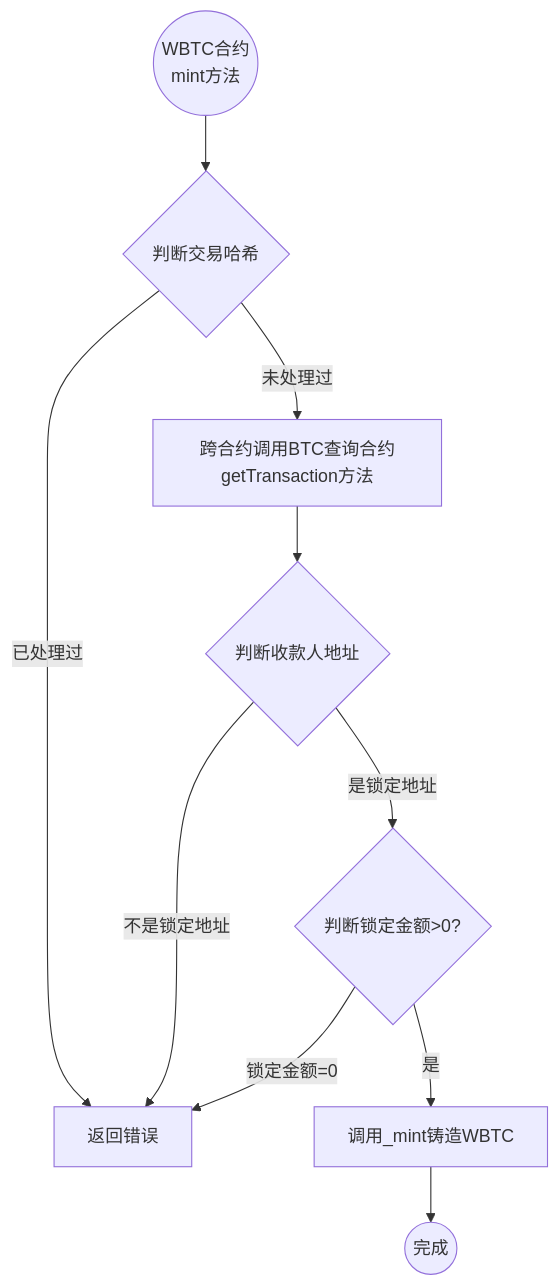
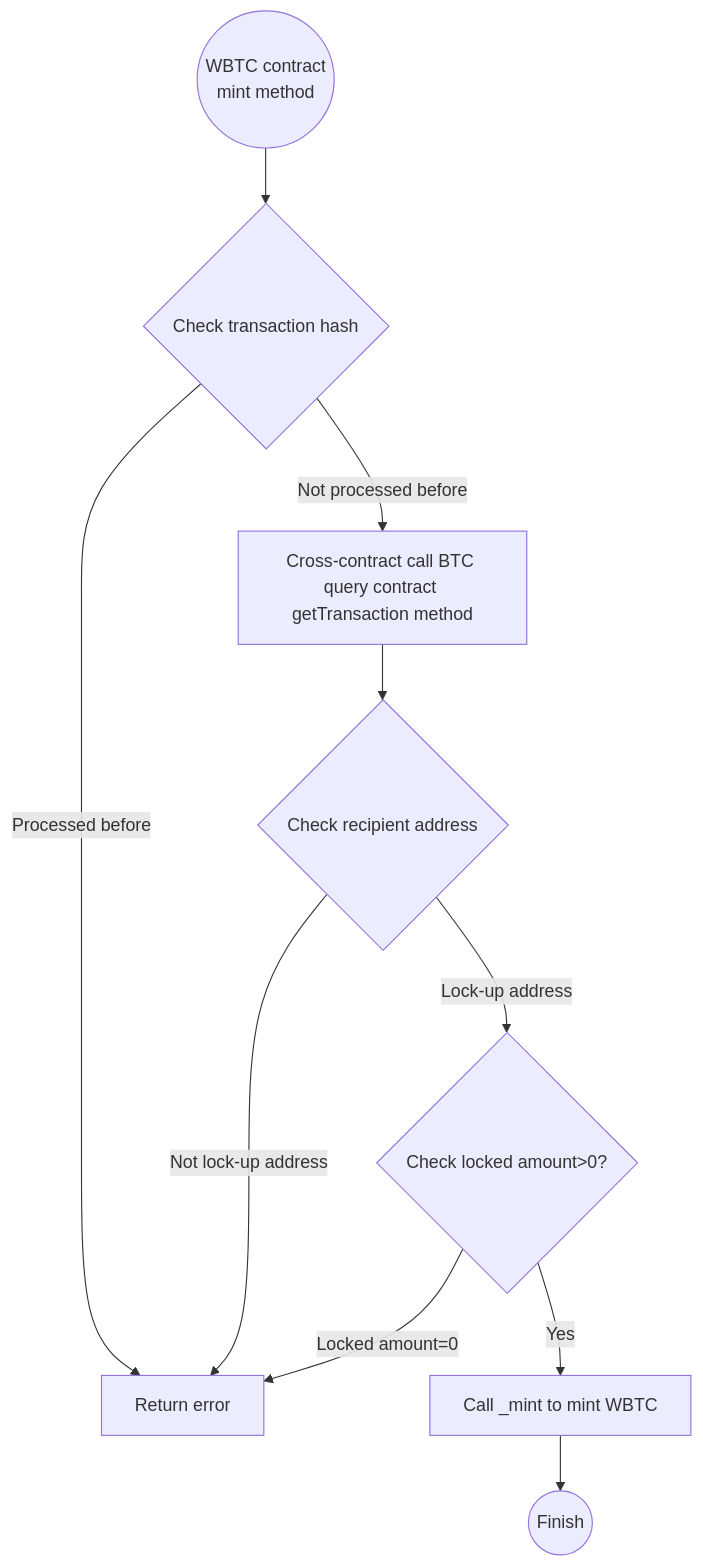
One commit to bxelab/whitepaper changed the second of 2 diagrams in WhitePaper_CN.md. Above: the diagram before and after it, drawn with Mermaid. The commit also changed other lines of this file and 6 other files, not shown here.

````diff
--- a/WhitePaper_CN.md
+++ b/WhitePaper_CN.md
@@ -301,12 +324,12 @@
 ```mermaid
 flowchart TD
-    Start((WBTC合约\nmint方法)) --> A
-    A{判断交易哈希} -->|已处理过| E[返回错误]
-    A -->|未处理过| C[跨合约调用BTC查询合约getTransaction方法]
-    C --> D{判断收款人地址}
-    D -->|不是锁定地址| E[返回错误]
-    D -->|是锁定地址| F{判断锁定金额>0?}
-    F -->|锁定金额=0| E[返回错误]
-    F -->|是| H[调用_mint铸造WBTC]
-    H -->  End((完成))
+    Start((WBTC contract\nmint method)) --> A
+    A{Check transaction hash} -->|Processed before| E[Return error]
+    A -->|Not processed before| C[Cross-contract call BTC query contract getTransaction method]
+    C --> D{Check recipient address}
+    D -->|Not lock-up address| E[Return error]
+    D -->|Lock-up address| F{Check locked amount>0?}
+    F -->|Locked amount=0| E[Return error]
+    F -->|Yes| H[Call _mint to mint WBTC]
+    H --> End((Finish))
 ```
````
